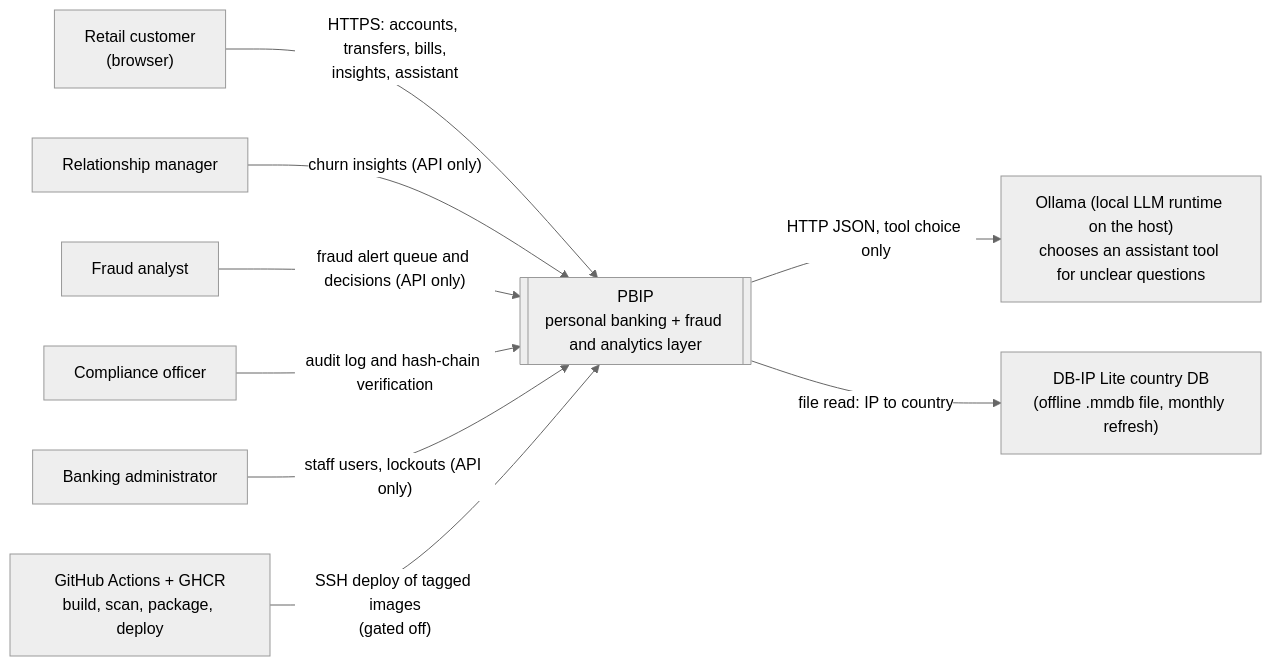
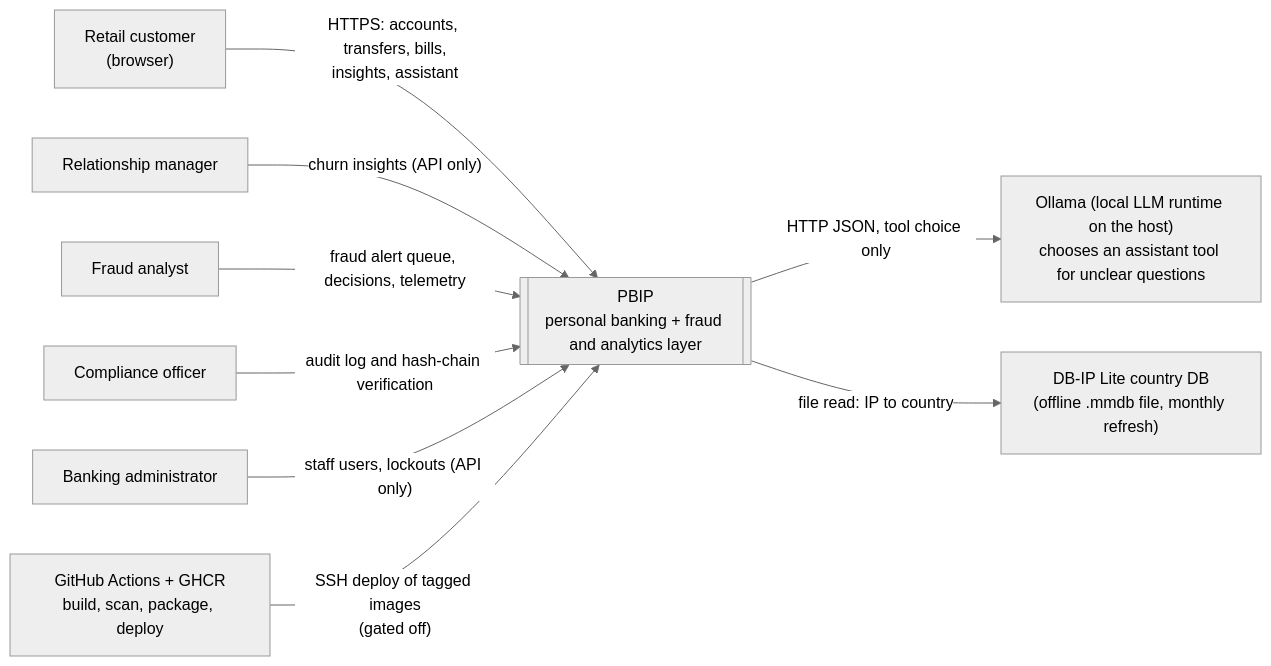
One commit to rachitst/pbip changed the first of 3 diagrams in docs/architecture/HLD.md. Above: the diagram before and after it, drawn with Mermaid (neutral theme). The commit also changed other lines of this file, not shown here.

Commit message:
docs(architecture): reflect TASK-035/036/037, held bill payments and hybrid local default in the HLD

````diff
--- a/docs/architecture/HLD.md
+++ b/docs/architecture/HLD.md
@@ -49,21 +49,21 @@
 ```mermaid
 flowchart LR
     cust["Retail customer<br/>(browser)"]
     rm["Relationship manager"]
     fa["Fraud analyst"]
     co["Compliance officer"]
     adm["Banking administrator"]
     pbip[["PBIP<br/>personal banking + fraud and analytics layer"]]
     ollama["Ollama (local LLM runtime on the host)<br/>chooses an assistant tool for unclear questions"]
     geoip["DB-IP Lite country DB<br/>(offline .mmdb file, monthly refresh)"]
     gh["GitHub Actions + GHCR<br/>build, scan, package, deploy"]
 
     cust -->|"HTTPS: accounts, transfers, bills,<br/>insights, assistant"| pbip
     rm -->|"churn insights (API only)"| pbip
-    fa -->|"fraud alert queue and decisions (API only)"| pbip
+    fa -->|"fraud alert queue, decisions, telemetry"| pbip
     co -->|"audit log and hash-chain verification"| pbip
     adm -->|"staff users, lockouts (API only)"| pbip
     pbip -->|"HTTP JSON, tool choice only"| ollama
     pbip -->|"file read: IP to country"| geoip
     gh -->|"SSH deploy of tagged images<br/>(gated off)"| pbip
 ```
````
